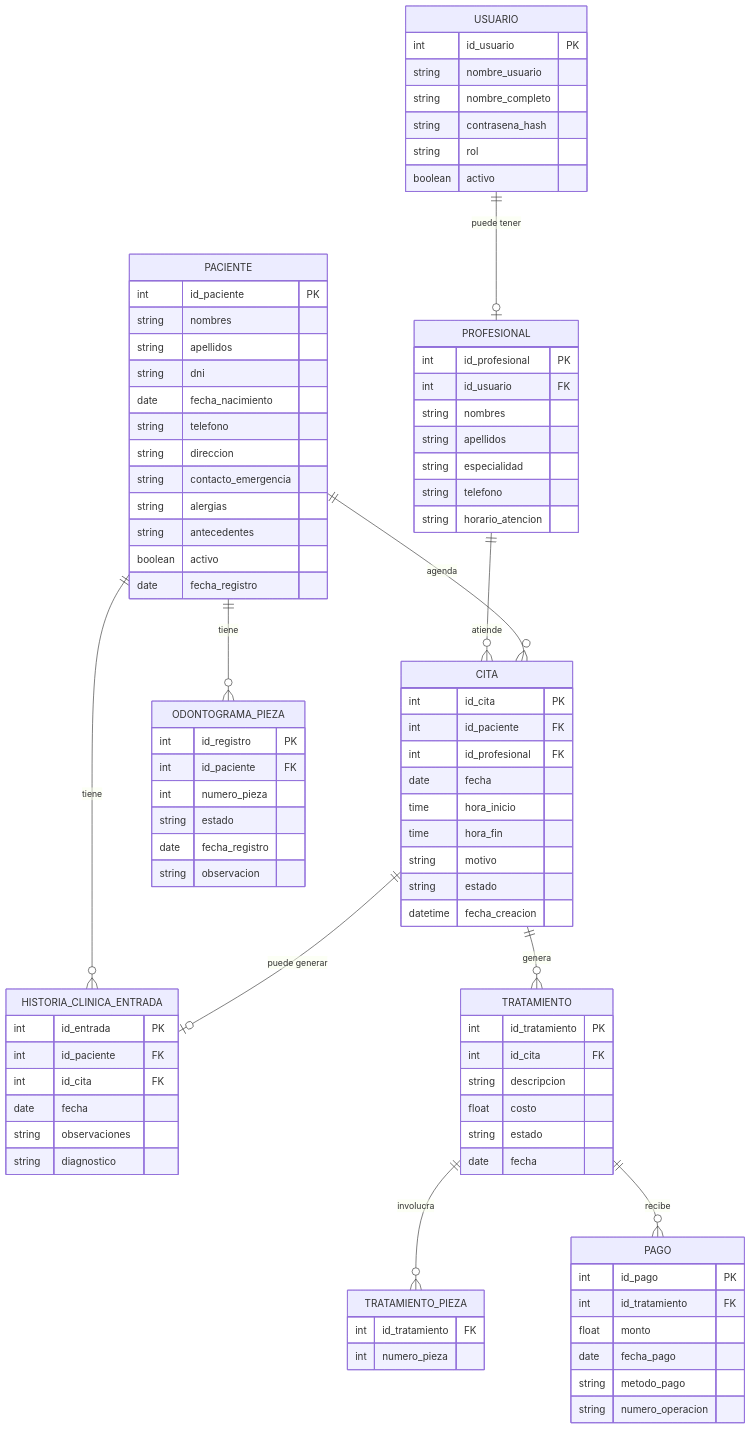
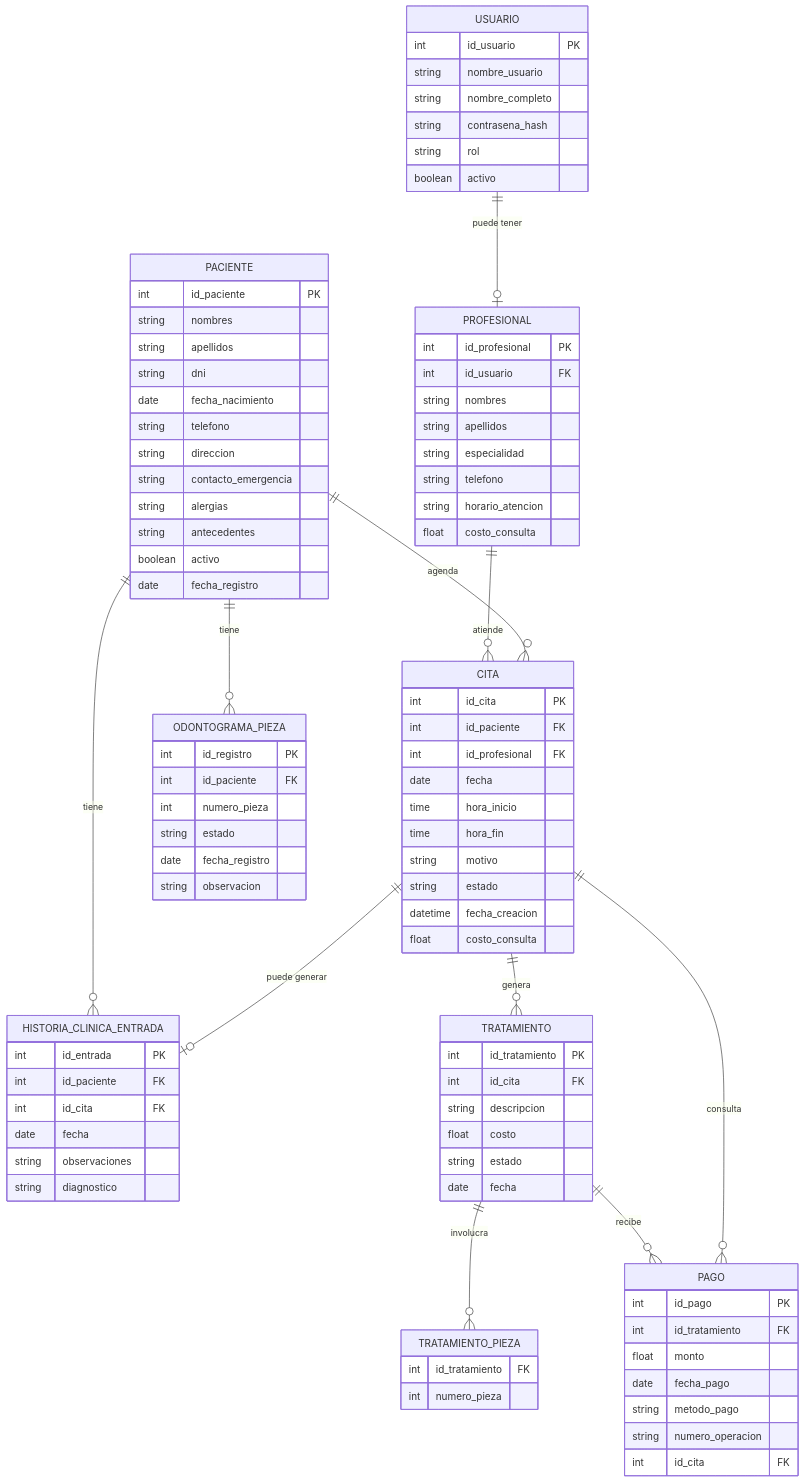
Before and after one commit to LuiDaniel/vyra-dentalSoftware: the diagram in docs/03-modelo-base-datos.md, drawn with Mermaid. The commit also changed other lines of this file and 64 other files, not shown here.

First line of the commit message:
pagos: consulta antes de atender, pagos enlazados y Mercado Pago (Fase 9)

````diff
--- a/docs/03-modelo-base-datos.md
+++ b/docs/03-modelo-base-datos.md
@@ -21,6 +21,7 @@
     CITA ||--o{ TRATAMIENTO : genera
     TRATAMIENTO ||--o{ TRATAMIENTO_PIEZA : involucra
     TRATAMIENTO ||--o{ PAGO : recibe
+    CITA ||--o{ PAGO : "consulta"
 
     USUARIO {
         int id_usuario PK
@@ -38,6 +39,7 @@
         string especialidad
         string telefono
         string horario_atencion
+        float costo_consulta
     }
     PACIENTE {
         int id_paciente PK
@@ -63,6 +65,7 @@
         string motivo
         string estado
         datetime fecha_creacion
+        float costo_consulta
     }
     HISTORIA_CLINICA_ENTRADA {
         int id_entrada PK
@@ -99,5 +102,6 @@
         date fecha_pago
         string metodo_pago
         string numero_operacion
+        int id_cita FK
     }
 ```
````
